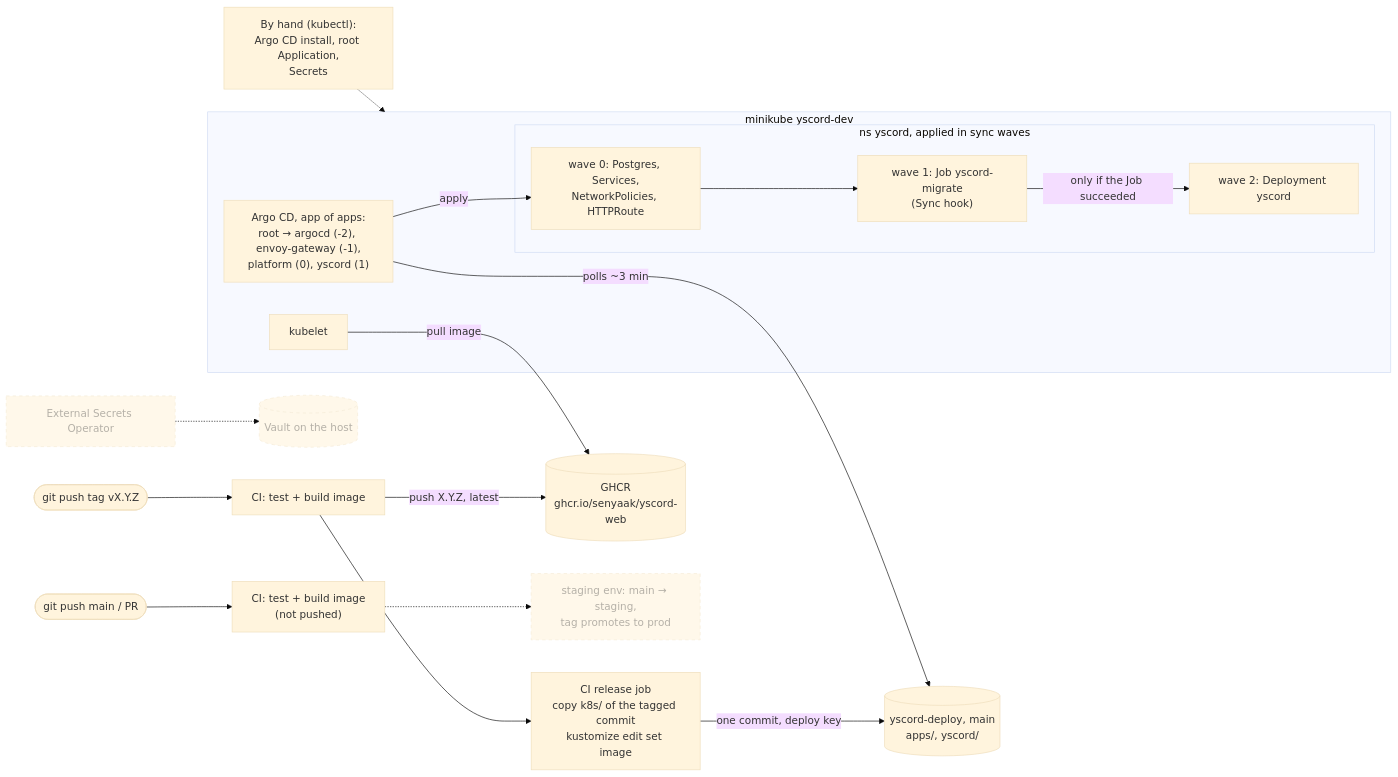
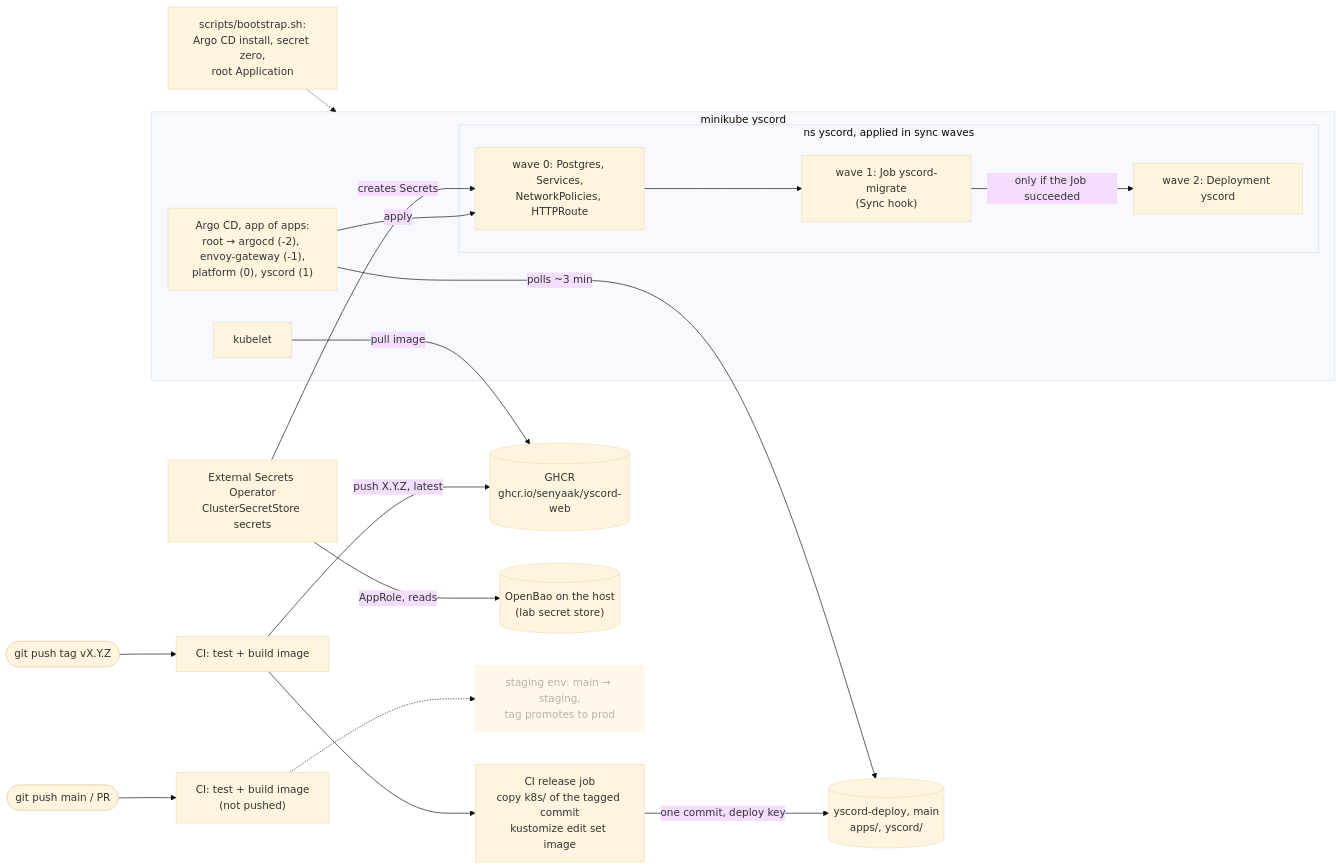
One commit to senyaak/yscord-web changed the second of 2 diagrams in docs/architecture.md. Above: the diagram before and after it, drawn with Mermaid (base theme). The commit also changed other lines of this file and 3 other files, not shown here.

Commit message:
Add lesson 004: declarative bootstrap; 3f done in roadmap and diagrams

````diff
--- a/docs/architecture.md
+++ b/docs/architecture.md
@@ -50,35 +50,36 @@
 ```mermaid
 flowchart LR
     push(["git push main / PR"]) --> build["CI: test + build image<br/>(not pushed)"]
 
     tag(["git push tag vX.Y.Z"]) --> tagbuild["CI: test + build image"]
     tagbuild -- "push X.Y.Z, latest" --> ghcr[("GHCR<br/>ghcr.io/senyaak/yscord-web")]
     tagbuild --> release["CI release job<br/>copy k8s/ of the tagged commit<br/>kustomize edit set image"]
     release -- "one commit, deploy key" --> repo[("yscord-deploy, main<br/>apps/, yscord/")]
 
-    subgraph cluster["minikube yscord-dev"]
+    subgraph cluster["minikube yscord"]
         argo["Argo CD, app of apps:<br/>root → argocd (-2), envoy-gateway (-1),<br/>platform (0), yscord (1)"]
         subgraph waves["ns yscord, applied in sync waves"]
             w0["wave 0: Postgres, Services,<br/>NetworkPolicies, HTTPRoute"]
             w1["wave 1: Job yscord-migrate<br/>(Sync hook)"]
             w2["wave 2: Deployment yscord"]
             w0 --> w1 -- "only if the Job succeeded" --> w2
         end
         kubelet["kubelet"]
     end
 
     argo -- "polls ~3 min" --> repo
     argo -- "apply" --> w0
     kubelet -- "pull image" --> ghcr
 
-    hand["By hand (kubectl):<br/>Argo CD install, root Application,<br/>Secrets"] -.-> cluster
+    hand["scripts/bootstrap.sh:<br/>Argo CD install, secret zero,<br/>root Application"] -.-> cluster
 
-    vault[("Vault on the host")]:::planned
-    eso["External Secrets Operator"]:::planned
+    bao[("OpenBao on the host<br/>(lab secret store)")]
+    eso["External Secrets Operator<br/>ClusterSecretStore secrets"]
     staging["staging env: main → staging,<br/>tag promotes to prod"]:::planned
 
-    eso -.-> vault
+    eso -- "AppRole, reads" --> bao
+    eso -- "creates Secrets" --> w0
     build -.-> staging
 
     classDef planned stroke-dasharray: 5 5,opacity:0.6
 ```
````
